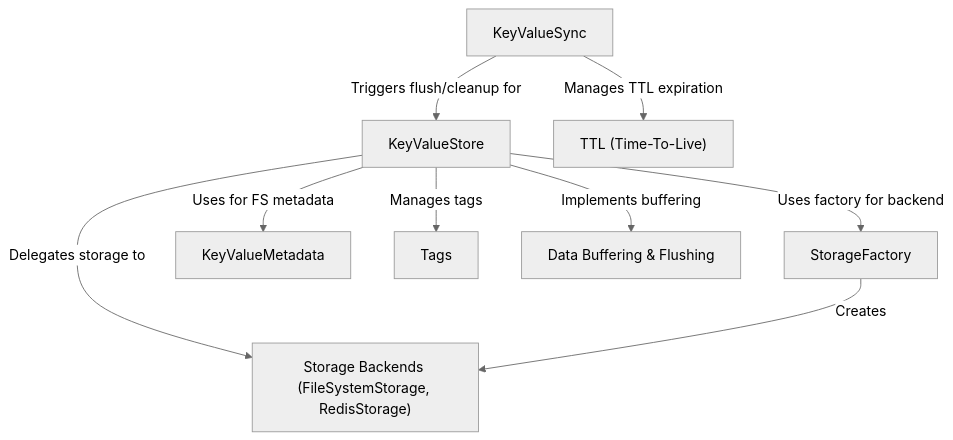
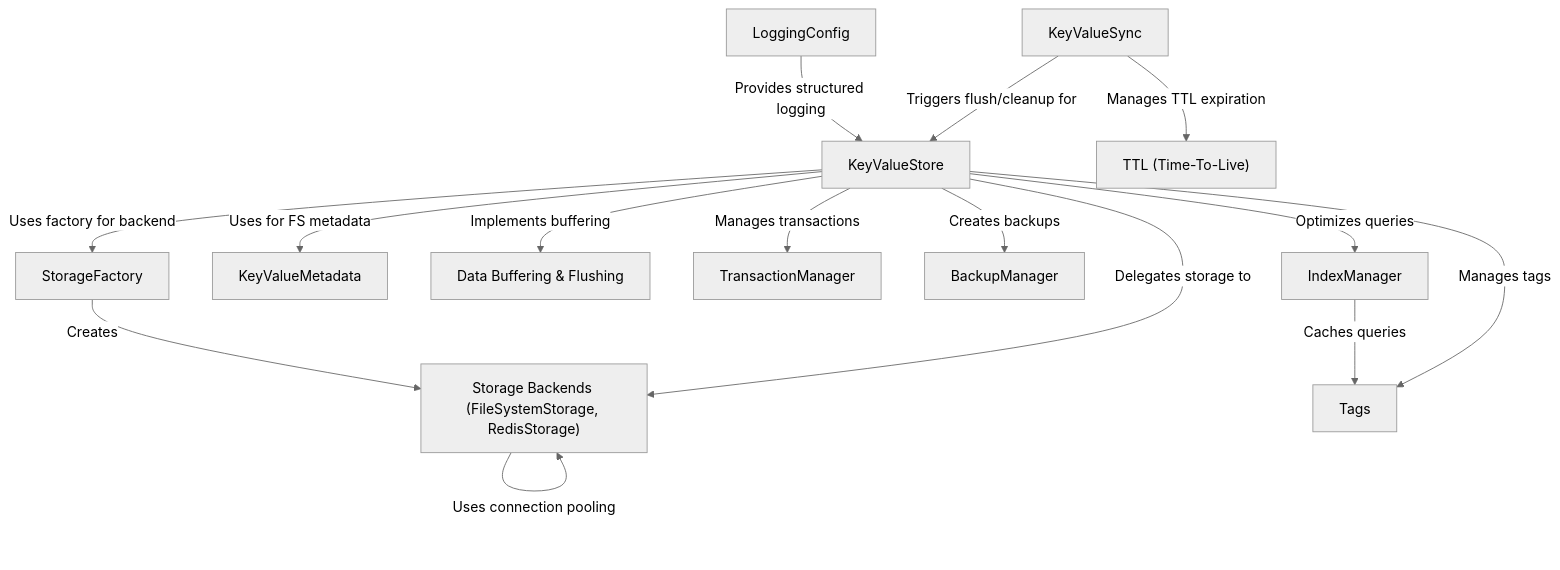
One commit to lsferreira42/nadb changed the diagram in docs/index.md. Above: the diagram before and after it, drawn with Mermaid (neutral theme). The commit also changed other lines of this file and 32 other files, not shown here.

````diff
--- a/docs/index.md
+++ b/docs/index.md
@@ -10,27 +10,30 @@
 ```mermaid
 flowchart TD
-    A0["KeyValueStore
-"]
-    A1["Storage Backends (FileSystemStorage, RedisStorage)
-"]
-    A2["StorageFactory
-"]
-    A3["KeyValueSync
-"]
-    A4["KeyValueMetadata
-"]
-    A5["Tags
-"]
-    A6["Data Buffering & Flushing
-"]
-    A7["TTL (Time-To-Live)
-"]
+    A0["KeyValueStore"]
+    A1["Storage Backends (FileSystemStorage, RedisStorage)"]
+    A2["StorageFactory"]
+    A3["KeyValueSync"]
+    A4["KeyValueMetadata"]
+    A5["Tags"]
+    A6["Data Buffering & Flushing"]
+    A7["TTL (Time-To-Live)"]
+    A8["TransactionManager"]
+    A9["BackupManager"]
+    A10["IndexManager"]
+    A11["LoggingConfig"]
+    
     A0 -- "Delegates storage to" --> A1
     A2 -- "Creates" --> A1
     A0 -- "Uses factory for backend" --> A2
     A0 -- "Uses for FS metadata" --> A4
     A0 -- "Manages tags" --> A5
     A0 -- "Implements buffering" --> A6
     A3 -- "Triggers flush/cleanup for" --> A0
     A3 -- "Manages TTL expiration" --> A7
+    A0 -- "Manages transactions" --> A8
+    A0 -- "Creates backups" --> A9
+    A0 -- "Optimizes queries" --> A10
+    A11 -- "Provides structured logging" --> A0
+    A1 -- "Uses connection pooling" --> A1
+    A10 -- "Caches queries" --> A5
 ```
````
